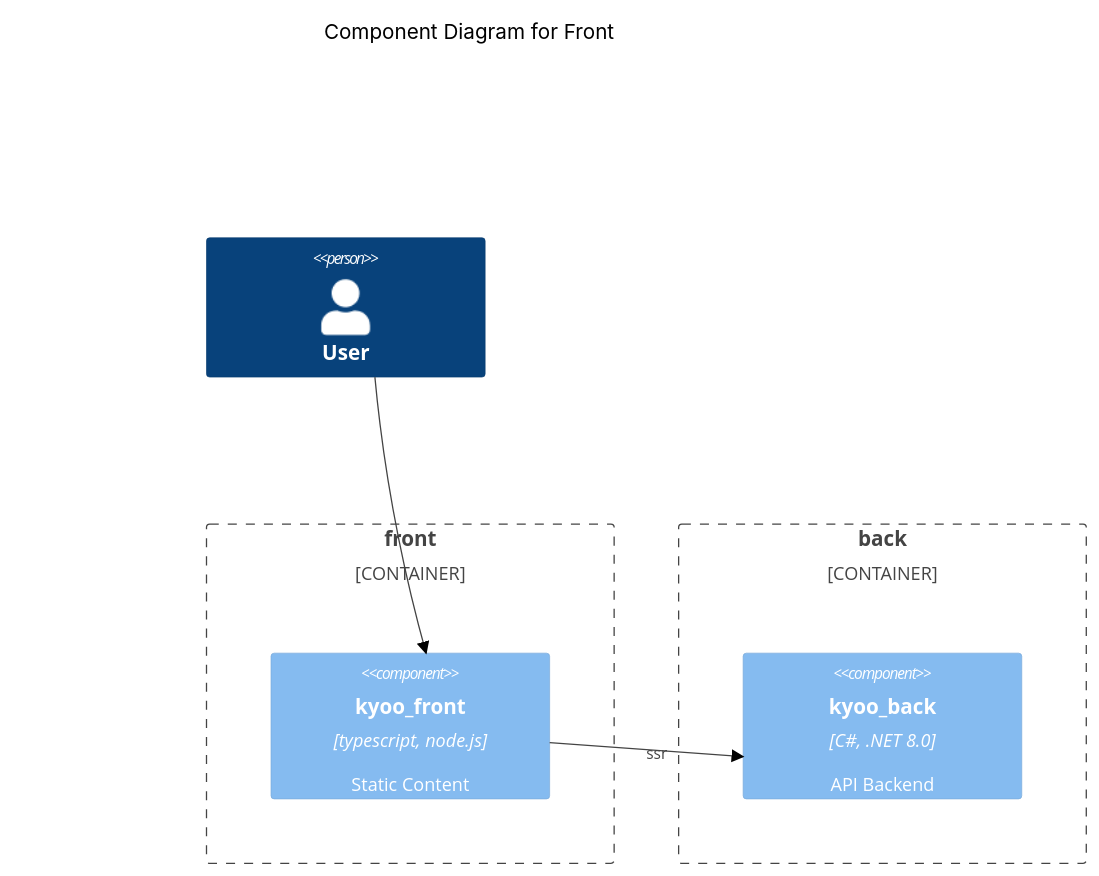
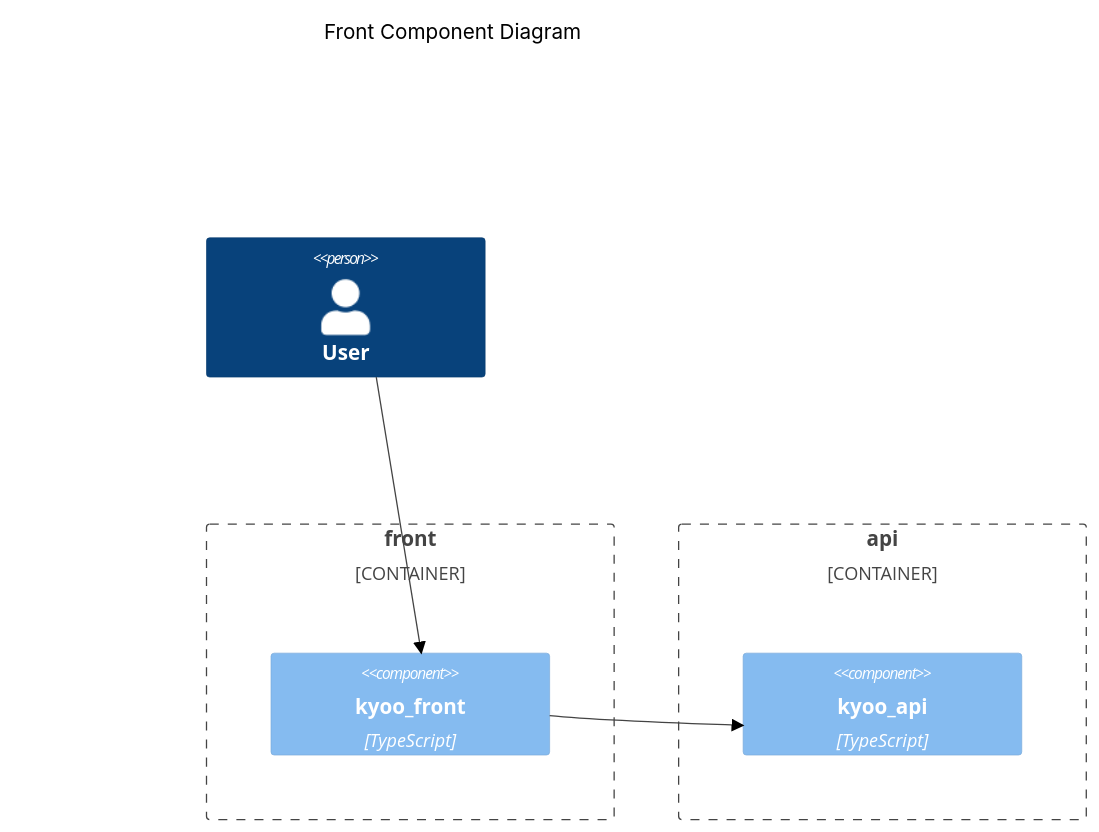
One commit to zoriya/Kyoo changed the sixth of 8 diagrams in DIAGRAMS.md. Above: the diagram before and after it, drawn with Mermaid (forest theme). The commit also changed other lines of this file, not shown here.

Commit message:
update diagrams for v5

````diff
--- a/DIAGRAMS.md
+++ b/DIAGRAMS.md
@@ -216,17 +172,17 @@
 ```mermaid
 C4Component
-  UpdateLayoutConfig($c4ShapeInRow="4", $c4BoundaryInRow="2")
-
-  title Component Diagram for Front
+  UpdateLayoutConfig($c4ShapeInRow="5", $c4BoundaryInRow="2")
+  
+  title Front Component Diagram
 
   Person(user, "User")
-  Container_Boundary(frontend, "front") {
-    Component(frontend_c1, "kyoo_front", "typescript, node.js", "Static Content")
-  }
-  Container_Boundary(backend, "back") {
-    Component(backend_c2, "kyoo_back", "C#, .NET 8.0", "API Backend")
+  Container_Boundary(front, "front") {
+    Component(front_c1, "kyoo_front", "TypeScript", "")
   }
 
-  Rel(frontend_c1, backend_c2, "ssr")
-  Rel(user, frontend_c1, "")
+  Container_Boundary(api, "api") {
+    Component(api_c1, "kyoo_api", "TypeScript", "")
+  }
+  Rel(user, front_c1, "")
+  Rel(front_c1, api_c1, "")
 ```
````
